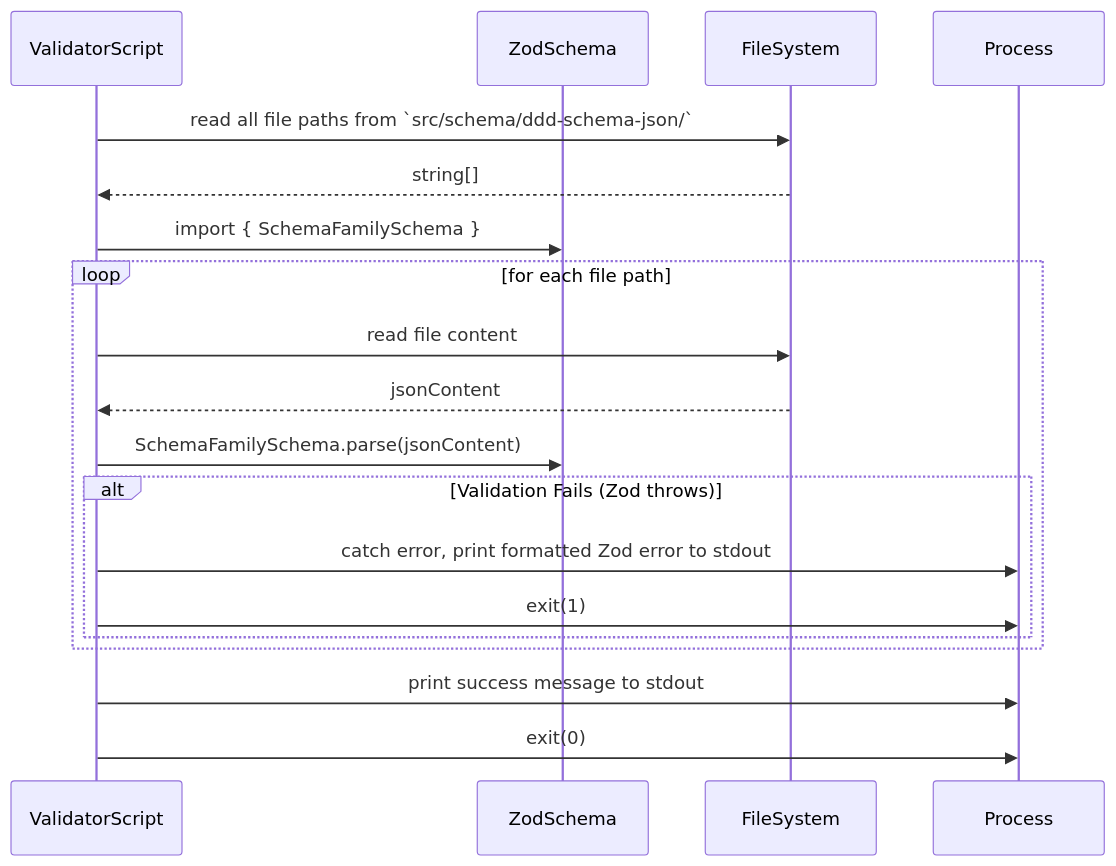
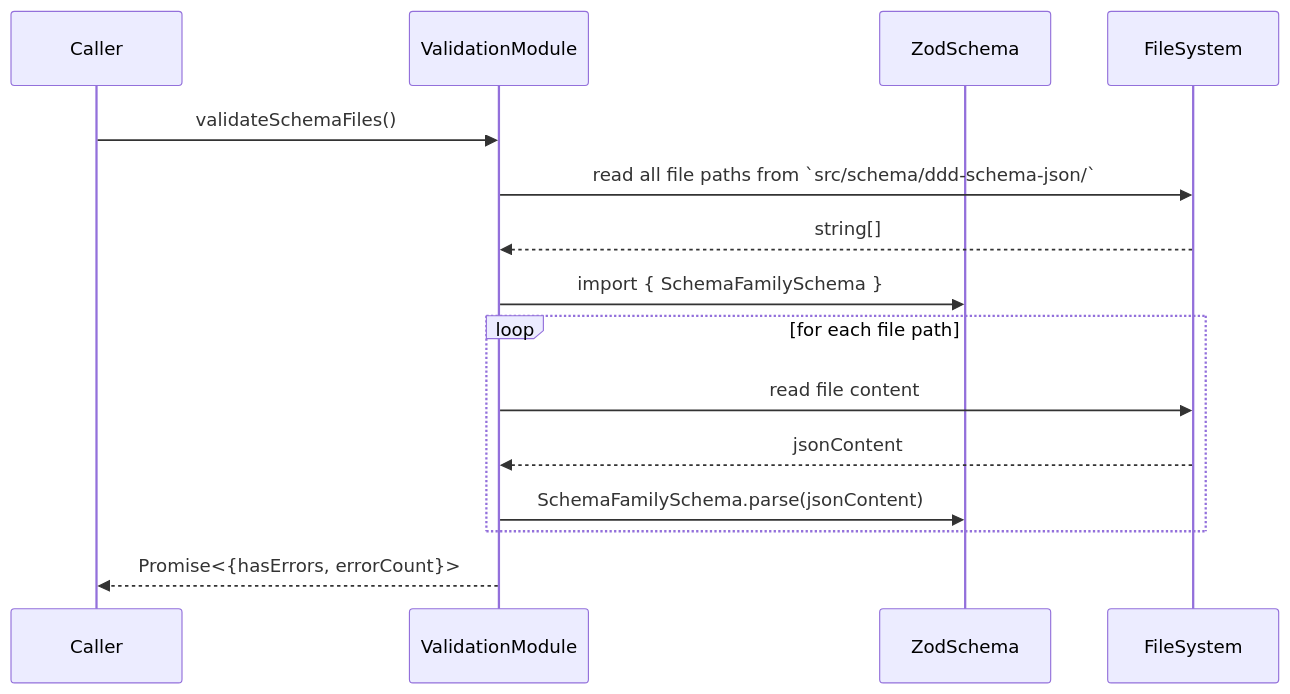
The fourth of 4 diagrams in docs/requirements/p1.t29-implement-validator.task.md (livelifelively/documentation-driven-development-tools), drawn with Mermaid before and after one commit. The commit also changed other lines of this file and 2 other files, not shown here.

````diff
--- a/docs/requirements/p1.t29-implement-validator.task.md
+++ b/docs/requirements/p1.t29-implement-validator.task.md
@@ -130,22 +130,18 @@
 ```mermaid
 sequenceDiagram
-    participant ValidatorScript
+    participant Caller
+    participant ValidationModule
     participant ZodSchema
     participant FileSystem
-    participant Process
 
-    ValidatorScript->>FileSystem: read all file paths from `src/schema/ddd-schema-json/`
-    FileSystem-->>ValidatorScript: string[]
-    ValidatorScript->>ZodSchema: import { SchemaFamilySchema }
+    Caller->>ValidationModule: validateSchemaFiles()
+    ValidationModule->>FileSystem: read all file paths from `src/schema/ddd-schema-json/`
+    FileSystem-->>ValidationModule: string[]
+    ValidationModule->>ZodSchema: import { SchemaFamilySchema }
     loop for each file path
-        ValidatorScript->>FileSystem: read file content
-        FileSystem-->>ValidatorScript: jsonContent
-        ValidatorScript->>ZodSchema: SchemaFamilySchema.parse(jsonContent)
-        alt Validation Fails (Zod throws)
-            ValidatorScript->>Process: catch error, print formatted Zod error to stdout
-            ValidatorScript->>Process: exit(1)
-        end
+        ValidationModule->>FileSystem: read file content
+        FileSystem-->>ValidationModule: jsonContent
+        ValidationModule->>ZodSchema: SchemaFamilySchema.parse(jsonContent)
     end
-    ValidatorScript->>Process: print success message to stdout
-    ValidatorScript->>Process: exit(0)
+    ValidationModule-->>Caller: Promise<{hasErrors, errorCount}>
 ```
````
